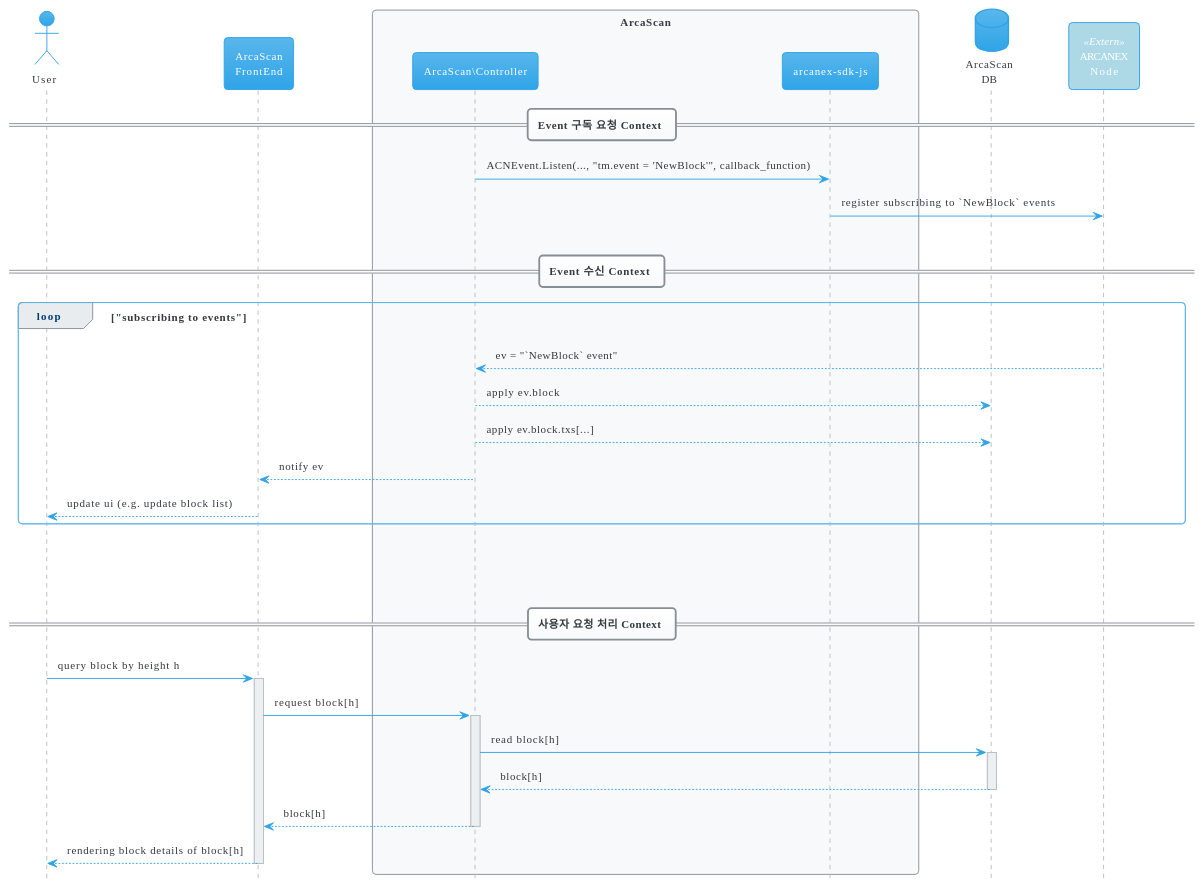
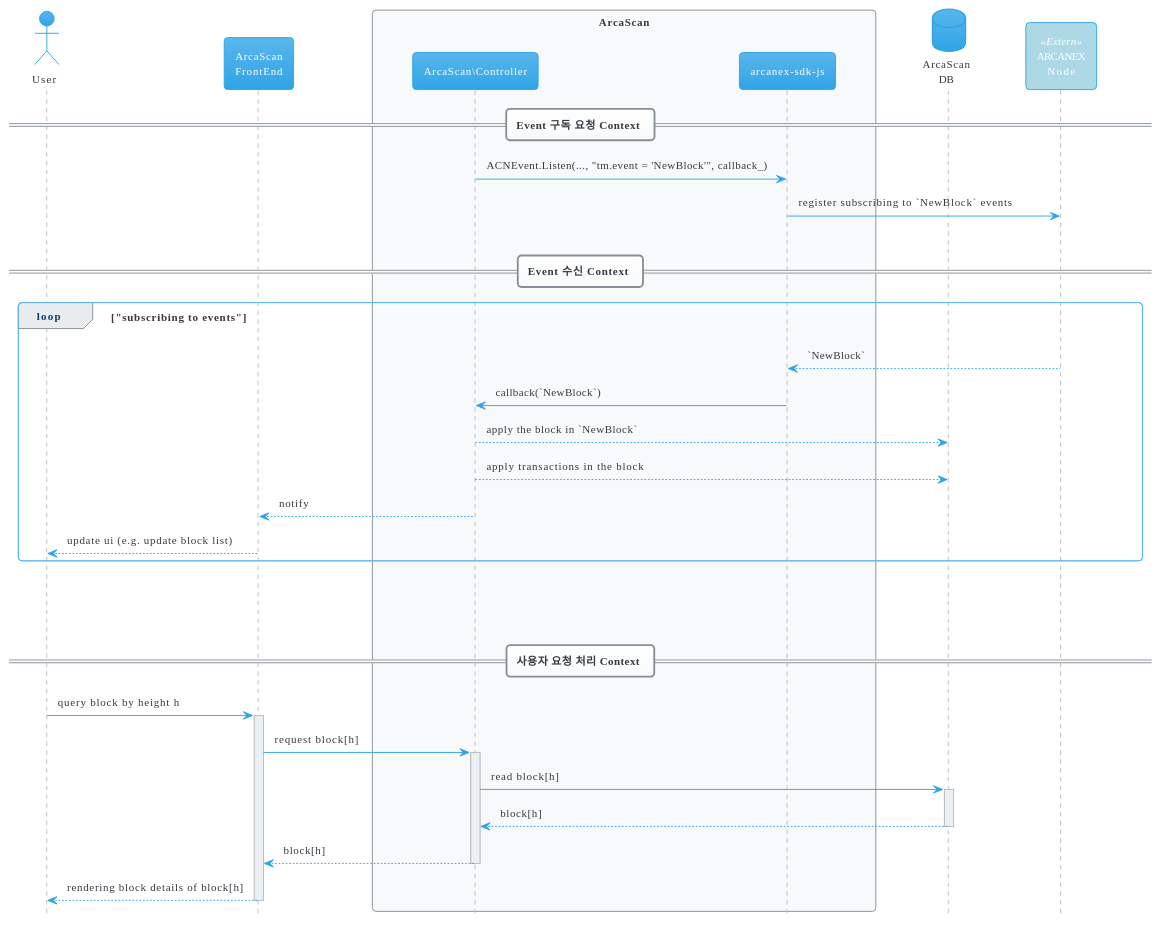
One commit to rigochain/rigo-sdk-js changed the second of 3 diagrams in documents/docs/examples/explorer/srs.md. Above: the diagram before and after it, drawn with PlantUML. The commit also changed other lines of this file and 2 other files, not shown here.

````diff
--- a/documents/docs/examples/explorer/srs.md
+++ b/documents/docs/examples/explorer/srs.md
@@ -76,56 +76,57 @@
 ```plantuml
 @startuml
 
 !theme cerulean
 hide footbox
 skinparam ArrowThickness 1
 skinparam BackgroundColor white
 skinparam participant<<Extern>> {
   BackgroundColor lightblue
 }
 
 actor "User" as user
 
 participant "ArcaScan\nFrontEnd" as fe
 box "ArcaScan"
 participant "ArcaScan\Controller" as be
 participant "arcanex-sdk-js" as sdk
 end box
 database "ArcaScan\nDB" as db
 participant "ARCANEX\nNode" as node<<Extern>>
 
 
 == Event 구독 요청 Context ==
 
-be -> sdk: ACNEvent.Listen(..., "tm.event = 'NewBlock'", callback_function)
+be -> sdk: ACNEvent.Listen(..., "tm.event = 'NewBlock'", callback_)
 sdk -> node: register subscribing to `NewBlock` events
 
 |||
 
 == Event 수신 Context ==
 
 loop "subscribing to events"
-node --> be: ev = "`NewBlock` event"
-be --> db: apply ev.block
-be --> db: apply ev.block.txs[...]
-be --> fe: notify ev
+node --> sdk: `NewBlock`
+sdk -> be: callback(`NewBlock`)
+be --> db: apply the block in `NewBlock`
+be --> db: apply transactions in the block
+be --> fe: notify
 fe --> user: update ui (e.g. update block list)
 end loop
 
 |||
 |||
 |||
 
 == 사용자 요청 처리 Context ==
 
 user -> fe: query block by height h
 activate fe
 fe -> be: request block[h]
 activate be
 be -> db: read block[h]
 activate db
 return block[h]
 return block[h]
 return rendering block details of block[h]
 @enduml
 ```
````
